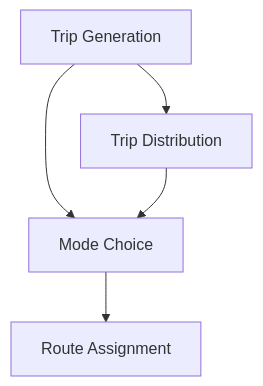
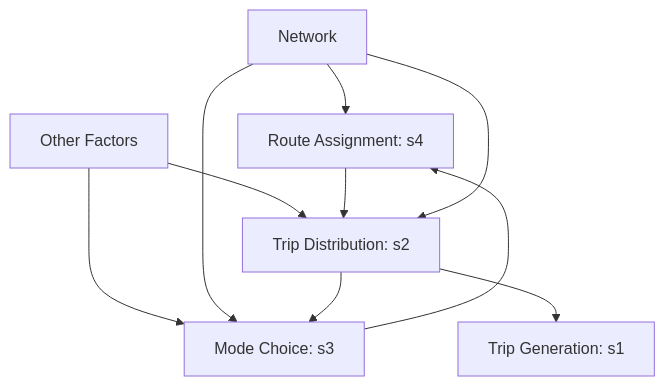
One commit to Robinlovelace/zurich25 changed the second of 2 diagrams in README.qmd. Above: the diagram before and after it, drawn with Mermaid. The commit also changed other lines of this file, not shown here.

````diff
--- a/README.qmd
+++ b/README.qmd
@@ -31,7 +38,14 @@
 ```{mermaid}
+%%| label: fig-6stage
+%%| fig-cap: A 6-stage transport modelling framework with recursive dependencies between Trip Distribution and Route Assignment stages.
 graph TD
-    A[Trip Generation] --> B[Trip Distribution]
-    A --> C[Mode Choice]
-    B --> C[Mode Choice]
-    C --> D[Route Assignment]
+    E[Network] --> D[Route Assignment: s4]
+    F[Other Factors] --> C
+    F --> B
+    C --> D
+    D --> B
+    E --> B[Trip Distribution: s2]
+    E --> C[Mode Choice: s3]
+    B --> C
+    B --> A[Trip Generation: s1]
 ```
````
